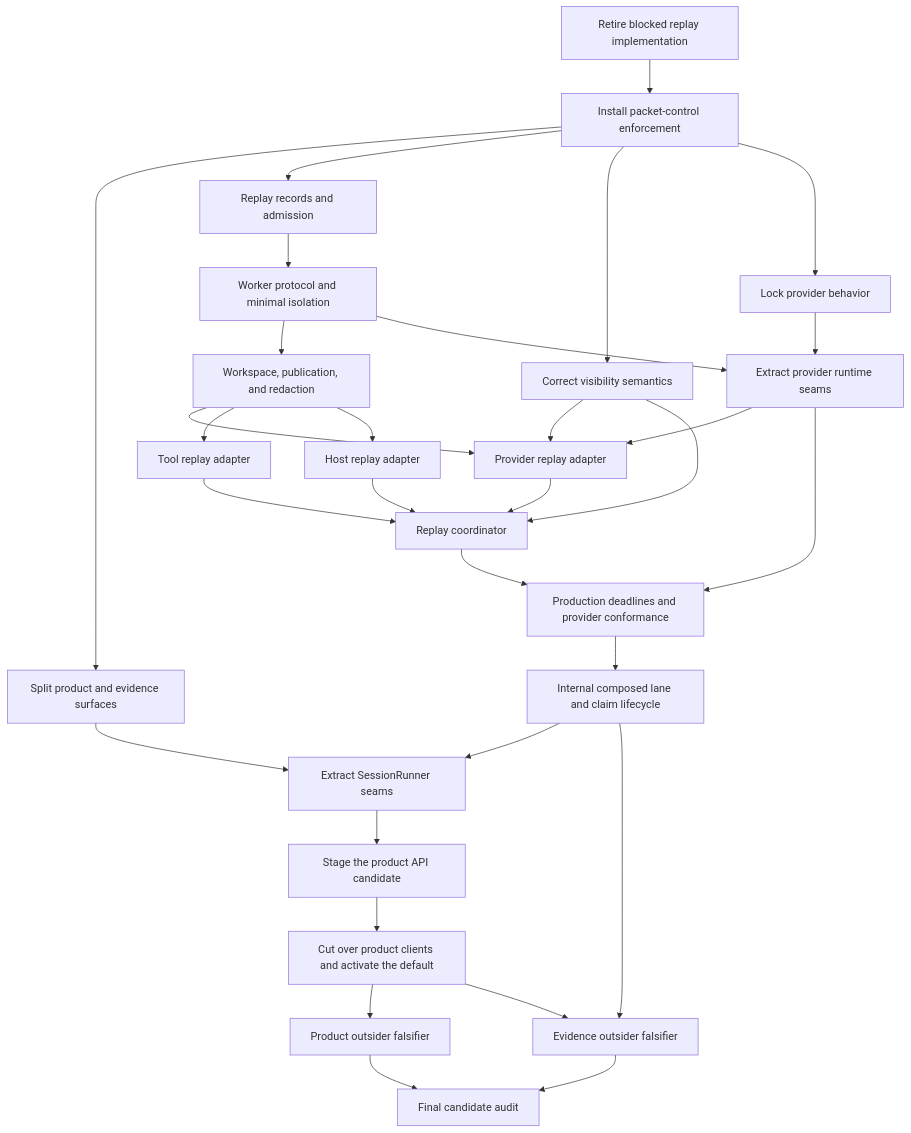
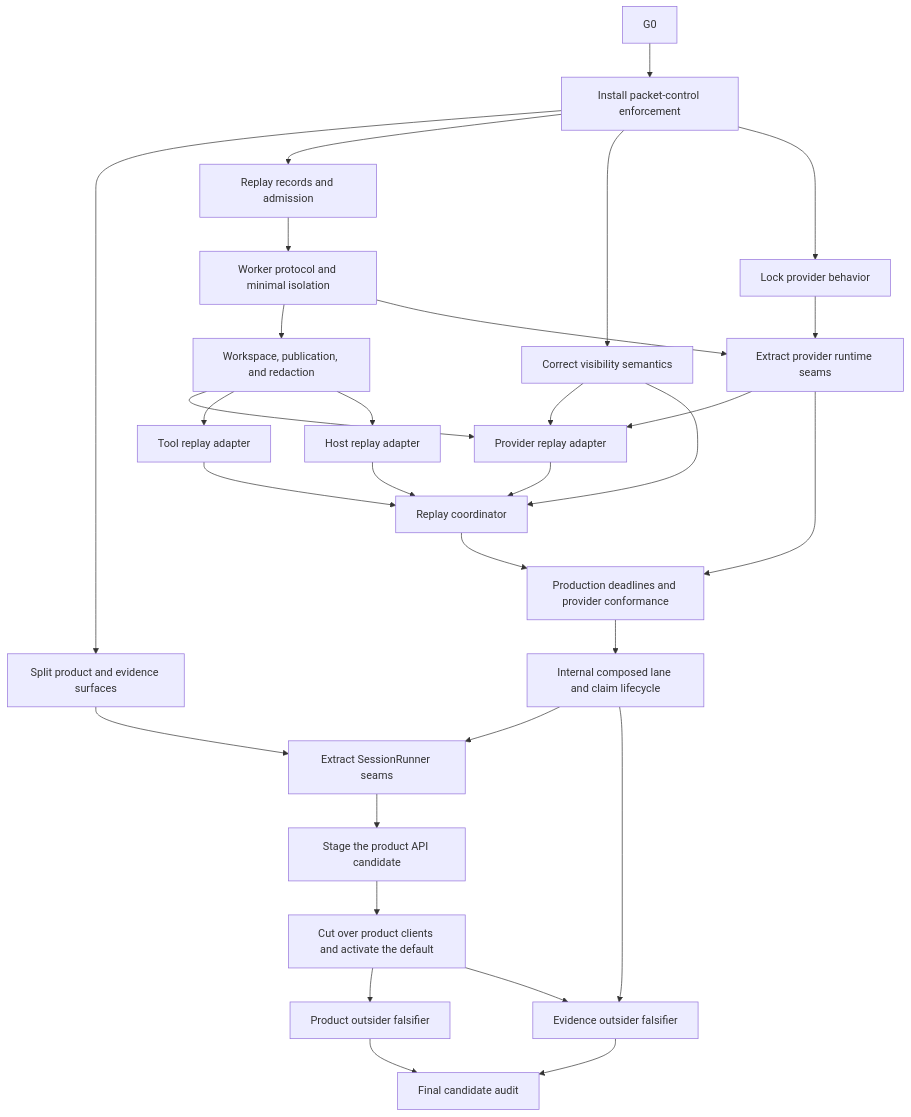
One commit to kmccleary3301/breadboard changed the diagram in docs/plans/north_star_recovery/EXECUTION_PLAN.md. Above: the diagram before and after it, drawn with Mermaid. The commit also changed other lines of this file and 1 other file, not shown here.

````diff
--- a/docs/plans/north_star_recovery/EXECUTION_PLAN.md
+++ b/docs/plans/north_star_recovery/EXECUTION_PLAN.md
@@ -46,33 +46,33 @@
 ```mermaid
 graph TD
-  G0[Retire blocked replay implementation] --> G2[Install packet-control enforcement]
+  G0 --> G2[Install packet-control enforcement]
   G2 --> G1[Split product and evidence surfaces]
   G2 --> R0[Replay records and admission]
   G2 --> V1[Correct visibility semantics]
   G2 --> P0[Lock provider behavior]
   R0 --> R1[Worker protocol and minimal isolation]
   R1 --> R2[Workspace, publication, and redaction]
   R1 --> P1[Extract provider runtime seams]
   P0 --> P1
   R2 --> R3A[Provider replay adapter]
   P1 --> R3A
   V1 --> R3A
   R2 --> R3B[Tool replay adapter]
   R2 --> R3C[Host replay adapter]
   R3A --> R4[Replay coordinator]
   R3B --> R4
   R3C --> R4
   V1 --> R4
   R4 --> N9B[Production deadlines and provider conformance]
   P1 --> N9B
   N9B --> N10[Internal composed lane and claim lifecycle]
   G1 --> S1[Extract SessionRunner seams]
   N10 --> S1
   S1 --> A1[Stage the product API candidate]
   A1 --> C1[Cut over product clients and activate the default]
   C1 --> O1[Product outsider falsifier]
   N10 --> O2[Evidence outsider falsifier]
   C1 --> O2
   O1 --> F1[Final candidate audit]
   O2 --> F1
 ```
````
